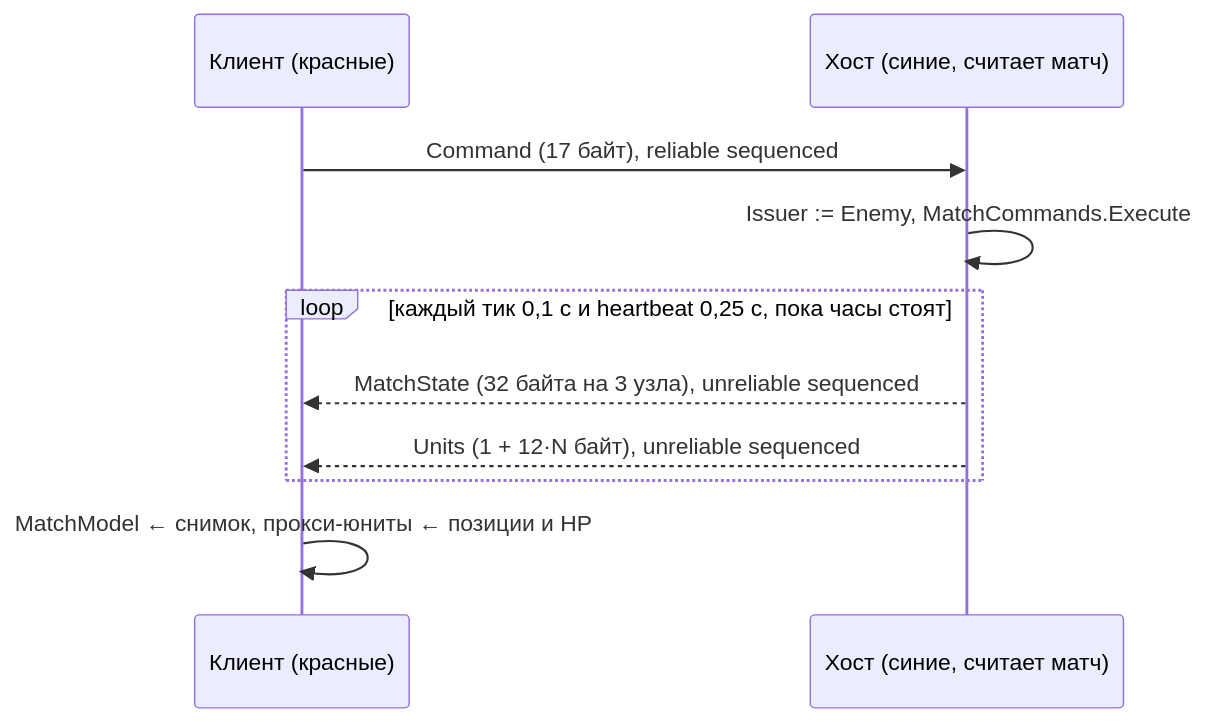
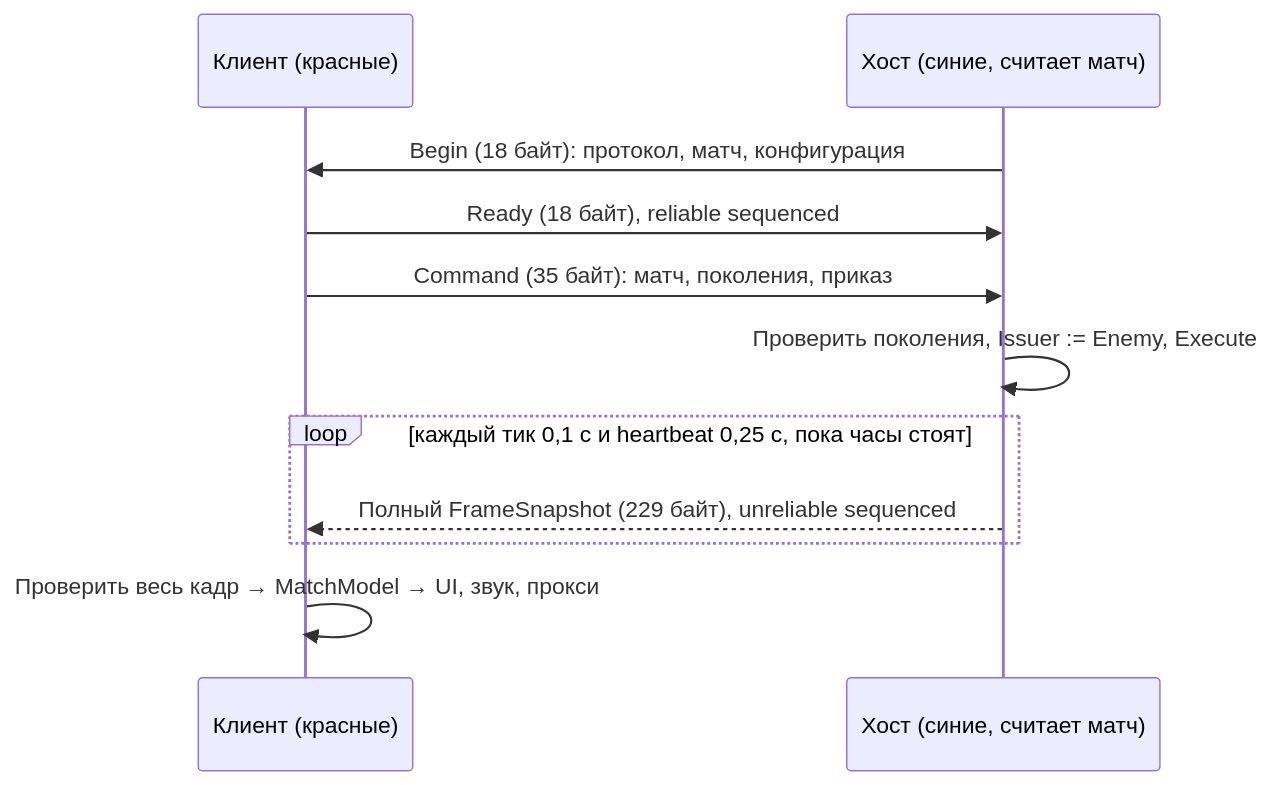
One commit to ZheleznovAG/SectorLab changed the second of 2 diagrams in docs/ARCHITECTURE.md. Above: the diagram before and after it, drawn with Mermaid. The commit also changed other lines of this file and 45 other files, not shown here.

First line of the commit message:
refactor: scope unit queries to the match and route AI through commands

````diff
--- a/docs/ARCHITECTURE.md
+++ b/docs/ARCHITECTURE.md
@@ -77,12 +82,13 @@
 ```mermaid
 sequenceDiagram
     participant C as Клиент (красные)
     participant H as Хост (синие, считает матч)
-    C->>H: Command (17 байт), reliable sequenced
-    H->>H: Issuer := Enemy, MatchCommands.Execute
+    H->>C: Begin (18 байт): протокол, матч, конфигурация
+    C->>H: Ready (18 байт), reliable sequenced
+    C->>H: Command (35 байт): матч, поколения, приказ
+    H->>H: Проверить поколения, Issuer := Enemy, Execute
     loop каждый тик 0,1 с и heartbeat 0,25 с, пока часы стоят
-        H-->>C: MatchState (32 байта на 3 узла), unreliable sequenced
-        H-->>C: Units (1 + 12·N байт), unreliable sequenced
+        H-->>C: Полный FrameSnapshot (229 байт), unreliable sequenced
     end
-    C->>C: MatchModel ← снимок, прокси-юниты ← позиции и HP
+    C->>C: Проверить весь кадр → MatchModel → UI, звук, прокси
 ```
````
